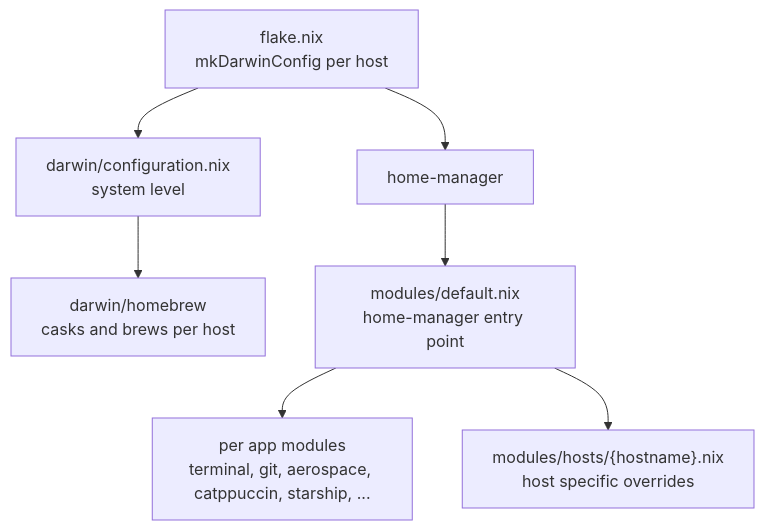
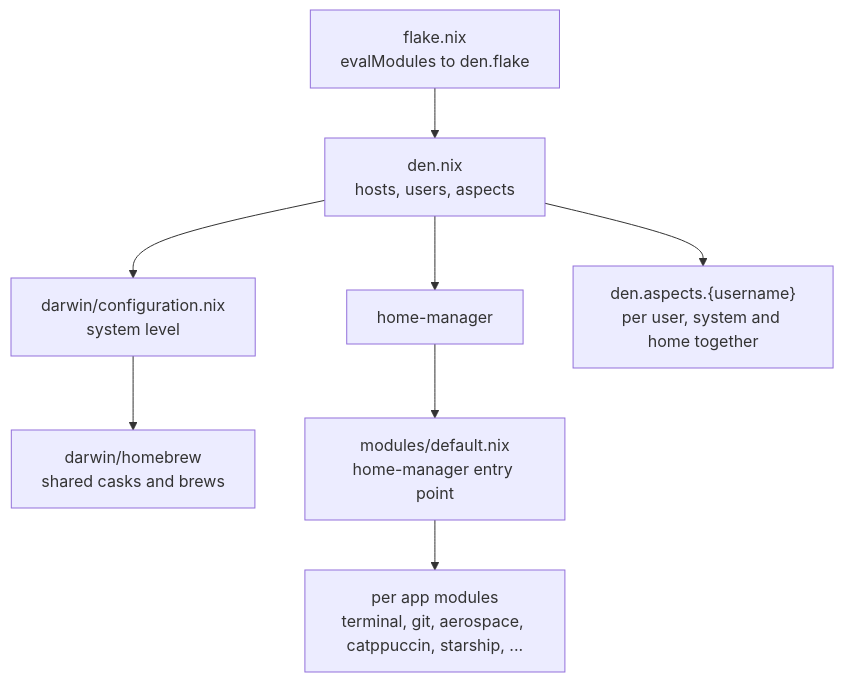
Before and after one commit to derangga/dotfiles: the diagram in README.md, drawn with Mermaid. The commit also changed other lines of this file and 13 other files, not shown here.

Commit message:
feat: migrate darwin configurations to den (#83)

````diff
--- a/README.md
+++ b/README.md
@@ -33,10 +37,11 @@
 ```mermaid
 flowchart TD
-    flake["flake.nix<br/>mkDarwinConfig per host"]
-    flake --> darwin["darwin/configuration.nix<br/>system level"]
-    flake --> hm["home-manager"]
-    darwin --> brew["darwin/homebrew<br/>casks and brews per host"]
+    flake["flake.nix<br/>evalModules to den.flake"]
+    flake --> den["den.nix<br/>hosts, users, aspects"]
+    den --> darwin["darwin/configuration.nix<br/>system level"]
+    den --> hm["home-manager"]
+    den --> user["den.aspects.{username}<br/>per user, system and home together"]
+    darwin --> brew["darwin/homebrew<br/>shared casks and brews"]
     hm --> modules["modules/default.nix<br/>home-manager entry point"]
     modules --> apps["per app modules<br/>terminal, git, aerospace, catppuccin, starship, ..."]
-    modules --> host["modules/hosts/{hostname}.nix<br/>host specific overrides"]
 ```
````
